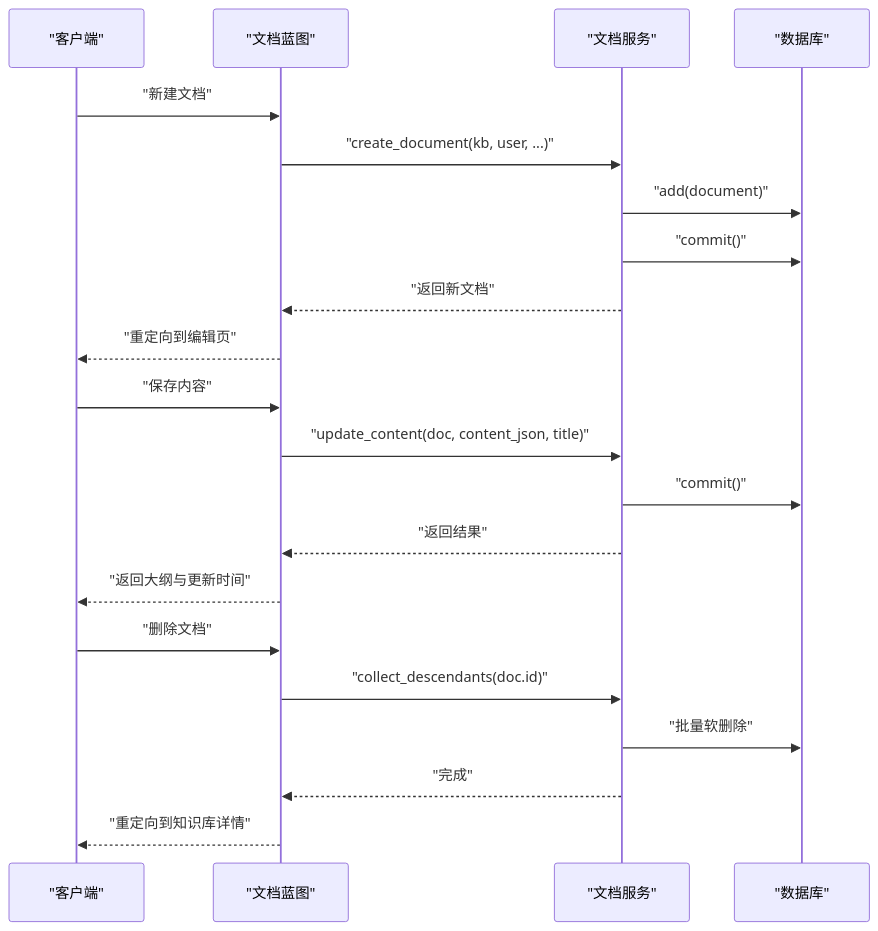
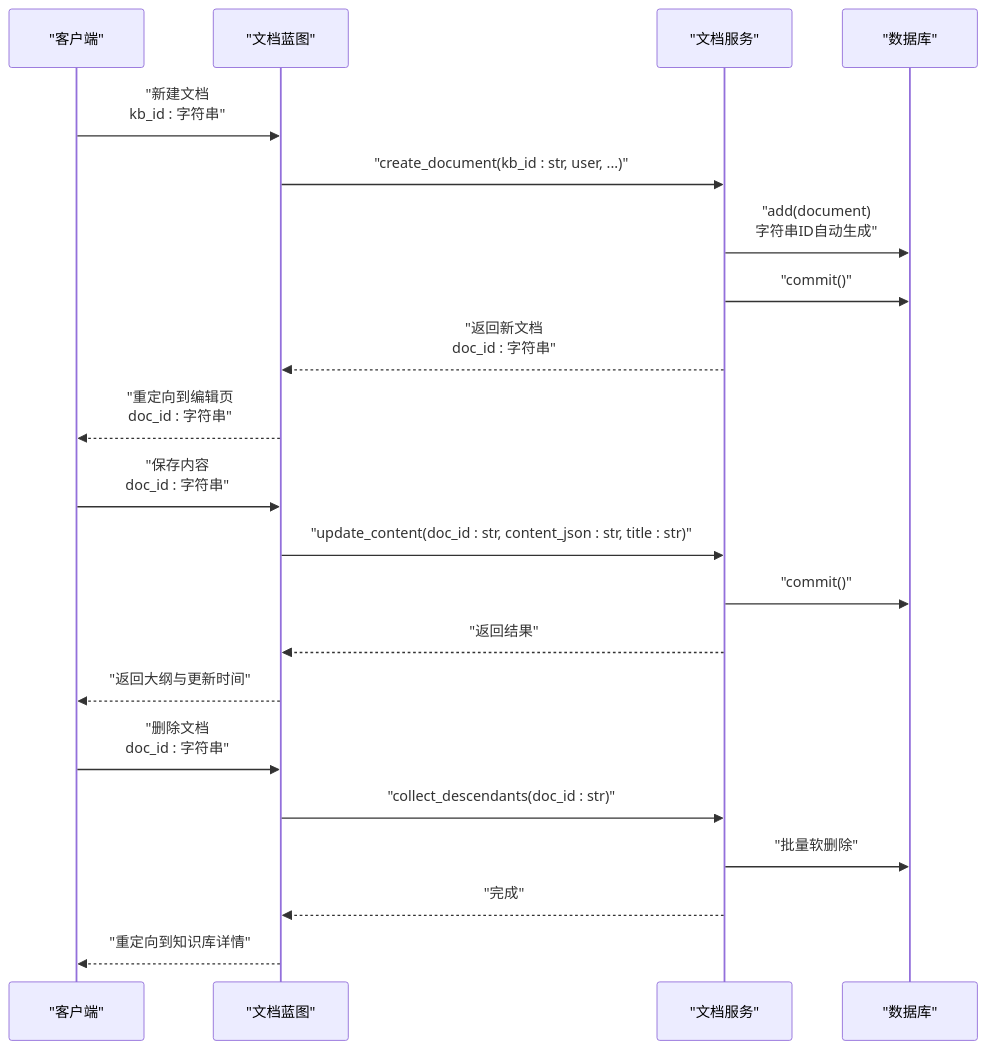
Before and after one commit to beyondalbert/my_wiki: the fourth of 8 diagrams in .qoder/repowiki/zh/content/核心模块/文档管理系统/文档服务层.md, drawn with Mermaid. The commit also changed other lines of this file and 21 other files, not shown here.

````diff
--- a/.qoder/repowiki/zh/content/核心模块/文档管理系统/文档服务层.md
+++ b/.qoder/repowiki/zh/content/核心模块/文档管理系统/文档服务层.md
@@ -160,23 +166,23 @@
 ```mermaid
 sequenceDiagram
 participant C as "客户端"
 participant D as "文档蓝图"
 participant S as "文档服务"
 participant M as "数据库"
-C->>D : "新建文档"
-D->>S : "create_document(kb, user, ...)"
-S->>M : "add(document)"
+C->>D : "新建文档<br/>kb_id : 字符串"
+D->>S : "create_document(kb_id : str, user, ...)"
+S->>M : "add(document)<br/>字符串ID自动生成"
 S->>M : "commit()"
-S-->>D : "返回新文档"
-D-->>C : "重定向到编辑页"
-C->>D : "保存内容"
-D->>S : "update_content(doc, content_json, title)"
+S-->>D : "返回新文档<br/>doc_id : 字符串"
+D-->>C : "重定向到编辑页<br/>doc_id : 字符串"
+C->>D : "保存内容<br/>doc_id : 字符串"
+D->>S : "update_content(doc_id : str, content_json : str, title : str)"
 S->>M : "commit()"
 S-->>D : "返回结果"
 D-->>C : "返回大纲与更新时间"
-C->>D : "删除文档"
-D->>S : "collect_descendants(doc.id)"
+C->>D : "删除文档<br/>doc_id : 字符串"
+D->>S : "collect_descendants(doc_id : str)"
 S->>M : "批量软删除"
 S-->>D : "完成"
 D-->>C : "重定向到知识库详情"
 ```
````
